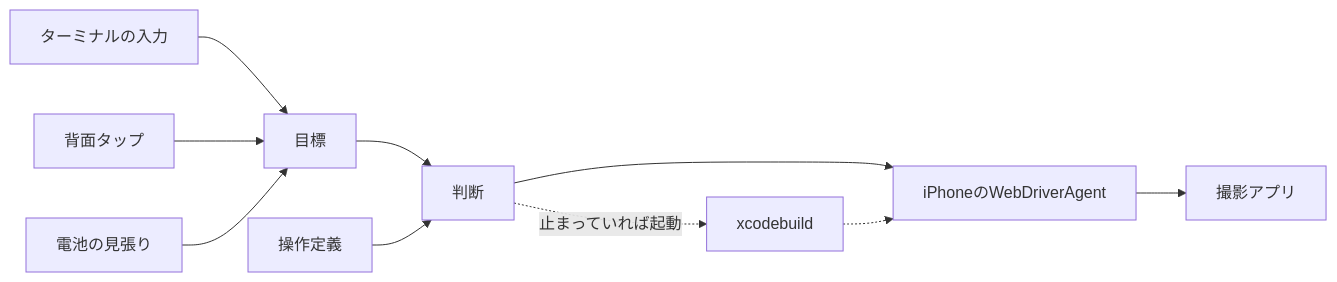
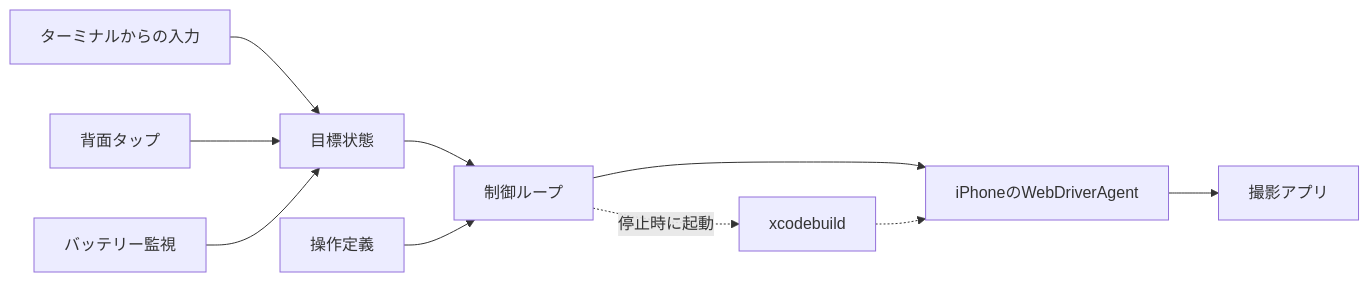
Before and after one commit to yudai-mori-2004/field-app-orchestrator: the diagram in docs/architecture.md, drawn with Mermaid. The commit also changed other lines of this file and 20 other files, not shown here.

````diff
--- a/docs/architecture.md
+++ b/docs/architecture.md
@@ -9,12 +9,12 @@
 ```mermaid
 flowchart LR
-  terminal[ターミナルの入力] --> goal[目標]
+  terminal[ターミナルからの入力] --> goal[目標状態]
   backtap[背面タップ] --> goal
-  battery[電池の見張り] --> goal
-  goal --> worker[判断]
-  definition[操作定義] --> worker
-  worker --> wda[iPhoneのWebDriverAgent]
+  battery[バッテリー監視] --> goal
+  goal --> loop[制御ループ]
+  definition[操作定義] --> loop
+  loop --> wda[iPhoneのWebDriverAgent]
   wda --> app[撮影アプリ]
-  worker -. 止まっていれば起動 .-> xcodebuild
+  loop -. 停止時に起動 .-> xcodebuild
   xcodebuild -.-> wda
 ```
````
